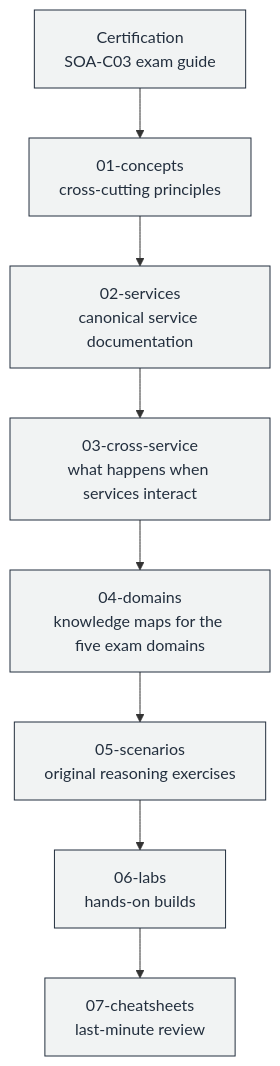
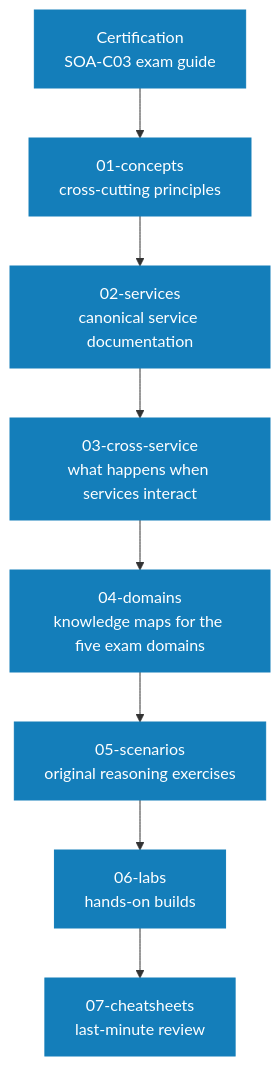
Before and after one commit to GabrielAlmeidaFlores/AWS-CloudOps-Engineer-Associate-Doc: the diagram in README.md, drawn with Mermaid. The commit also changed 10 other files, not shown here.

Commit message:
docs: restyle flowchart diagrams with the AWS color palette

````diff
--- a/README.md
+++ b/README.md
@@ -62,12 +62,12 @@
 ```mermaid
 flowchart TD
     CERT["Certification<br/>SOA-C03 exam guide"] --> CONCEPTS["01-concepts<br/>cross-cutting principles"]
     CONCEPTS --> SERVICES["02-services<br/>canonical service documentation"]
     SERVICES --> CROSS["03-cross-service<br/>what happens when services interact"]
     CROSS --> DOMAINS["04-domains<br/>knowledge maps for the five exam domains"]
     DOMAINS --> SCEN["05-scenarios<br/>original reasoning exercises"]
     SCEN --> LABS["06-labs<br/>hands-on builds"]
     LABS --> CHEAT["07-cheatsheets<br/>last-minute review"]
-    classDef step fill:#F1F3F3,stroke:#232F3E,color:#232F3E
+    classDef step fill:#147EBA,stroke:#147EBA,color:#ffffff
     class CERT,CONCEPTS,SERVICES,CROSS,DOMAINS,SCEN,LABS,CHEAT step
 ```
````
